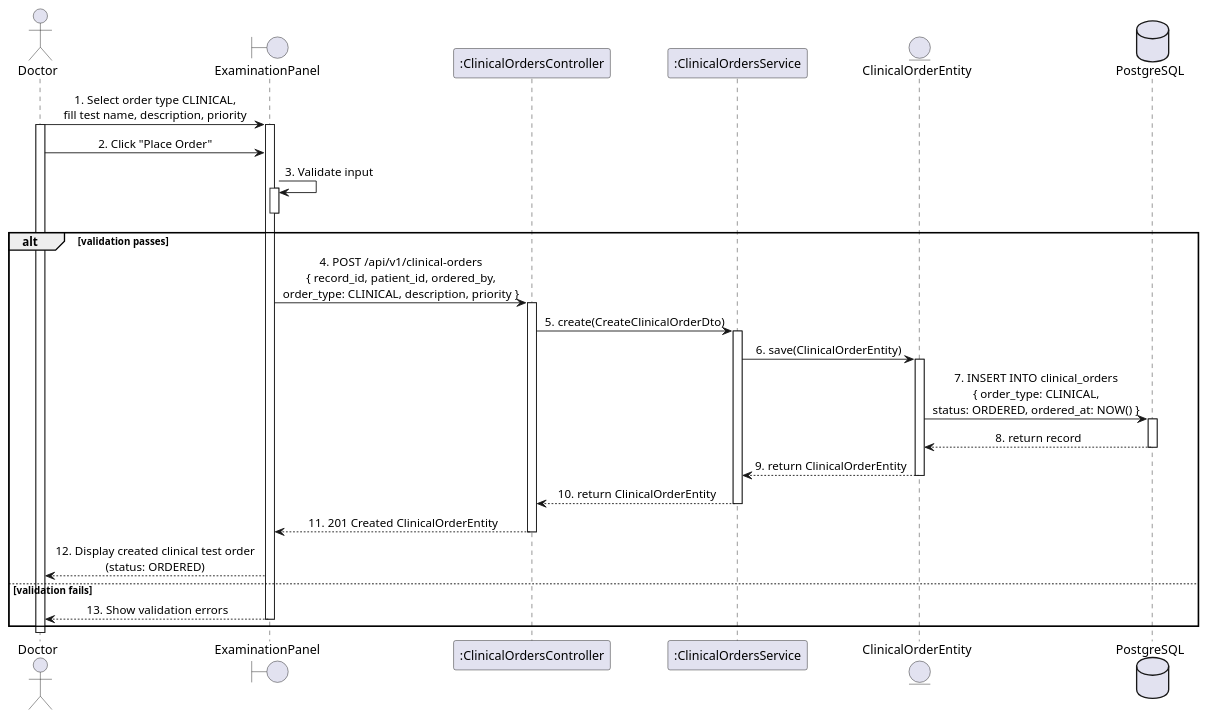
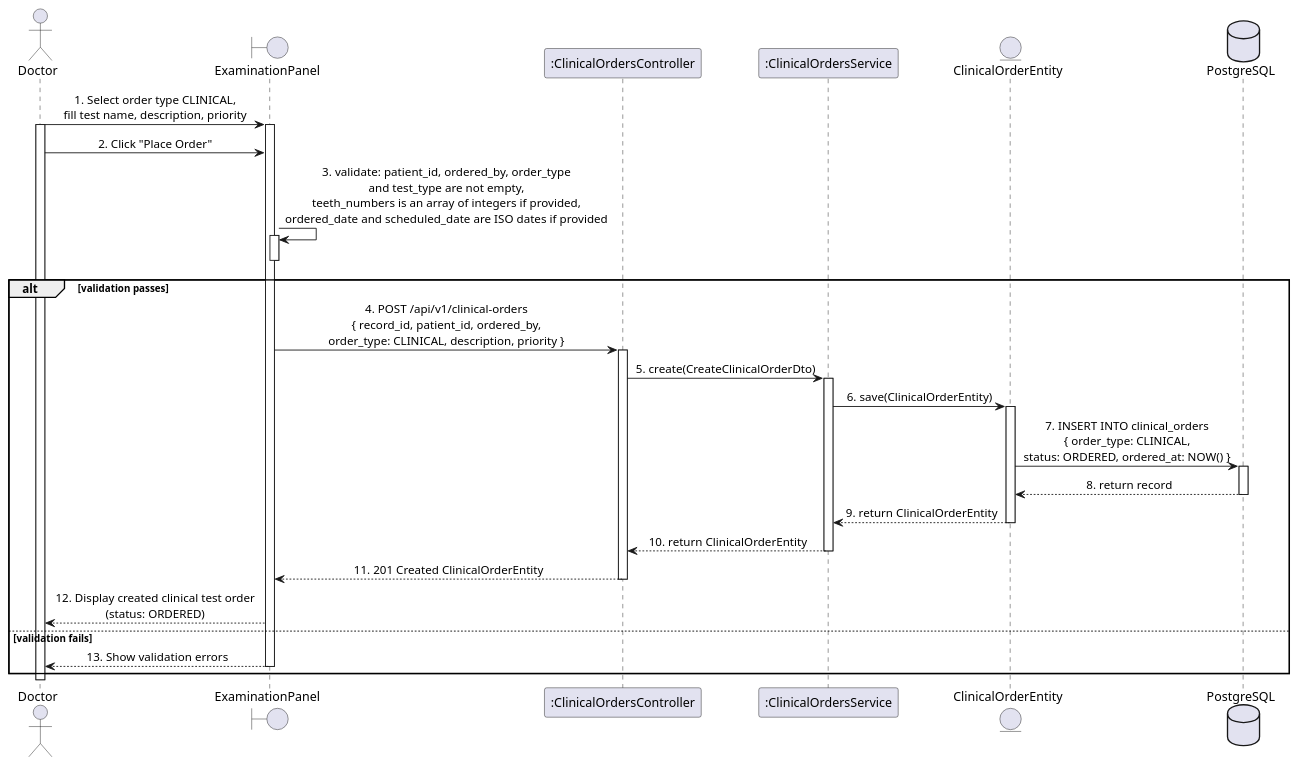
Before and after one commit to LTPPPP/Smart-Medical-Intelligent-Ledger-for-E-health-S.M.I.L.E-: the diagram in docs/sequence-diagram/UC78_OrderClinicalTest.puml, drawn with PlantUML. The commit also changed 31 other files, not shown here.

```diff
--- a/docs/sequence-diagram/UC78_OrderClinicalTest.puml
+++ b/docs/sequence-diagram/UC78_OrderClinicalTest.puml
@@ -1,49 +1,49 @@
 @startuml SequenceDiagram
 skinparam shadowing false
 skinparam sequenceMessageAlign center
 actor "Doctor" as user
 boundary "ExaminationPanel" as form
 participant ":ClinicalOrdersController" as ctrl
 participant ":ClinicalOrdersService" as orderSvc
 entity "ClinicalOrderEntity" as orderEntity
 database "PostgreSQL" as db
 
 user -> form : 1. Select order type CLINICAL,\nfill test name, description, priority
 activate user
 activate form
 
 user -> form : 2. Click "Place Order"
-form -> form : 3. Validate input
+form -> form : 3. validate: patient_id, ordered_by, order_type\nand test_type are not empty,\nteeth_numbers is an array of integers if provided,\nordered_date and scheduled_date are ISO dates if provided
 activate form
 deactivate form
 alt validation passes
   form -> ctrl : 4. POST /api/v1/clinical-orders\n{ record_id, patient_id, ordered_by,\norder_type: CLINICAL, description, priority }
   activate ctrl
 
   ctrl -> orderSvc : 5. create(CreateClinicalOrderDto)
   activate orderSvc
 
   orderSvc -> orderEntity : 6. save(ClinicalOrderEntity)
   activate orderEntity
   orderEntity -> db : 7. INSERT INTO clinical_orders\n{ order_type: CLINICAL,\nstatus: ORDERED, ordered_at: NOW() }
   activate db
   db --> orderEntity : 8. return record
   deactivate db
   orderEntity --> orderSvc : 9. return ClinicalOrderEntity
   deactivate orderEntity
 
   orderSvc --> ctrl : 10. return ClinicalOrderEntity
   deactivate orderSvc
 
   ctrl --> form : 11. 201 Created ClinicalOrderEntity
   deactivate ctrl
 
   form --> user : 12. Display created clinical test order\n(status: ORDERED)
 else validation fails
   form --> user : 13. Show validation errors
   deactivate form
 end
 
 deactivate user
 
 @enduml
```
